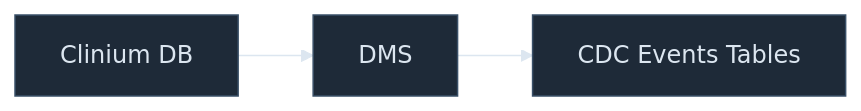
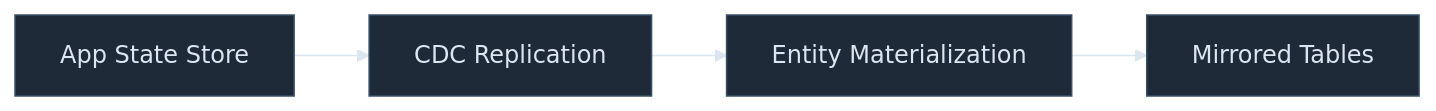
Before and after one commit to mosh-ja/itl-presentation: the third of 5 diagrams in pages/03-functional.md, drawn with Mermaid. The commit also changed other lines of this file and 11 other files, not shown here.

````diff
--- a/pages/03-functional.md
+++ b/pages/03-functional.md
@@ -84,20 +90,21 @@
 ```mermaid
 %%{init: {
   'theme': 'base',
   'themeVariables': {
     'background': '#0B0F14',
     'primaryColor': '#1e2a38',
     'primaryBorderColor': '#3a5068',
     'primaryTextColor': '#dce6f0',
     'lineColor': '#dce6f0',
     'edgeColor': '#7ab8e0',
     'edgeLabelBackground': '#1e2a38'
   }
 }}%%
 graph LR
-    CL_IN["Clinium DB"]
-    DMS["DMS"]
-    CDC_OUT["CDC Events Tables"]
+    DDB_IN["App State Store"]
+    KS_Firehose["CDC Replication"]
+    DDB_REP["Entity Materialization"]
+    DDB_OUT["Mirrored Tables"]
 
-    CL_IN --> DMS --> CDC_OUT
+    DDB_IN --> KS_Firehose --> DDB_REP --> DDB_OUT
 ```
````
